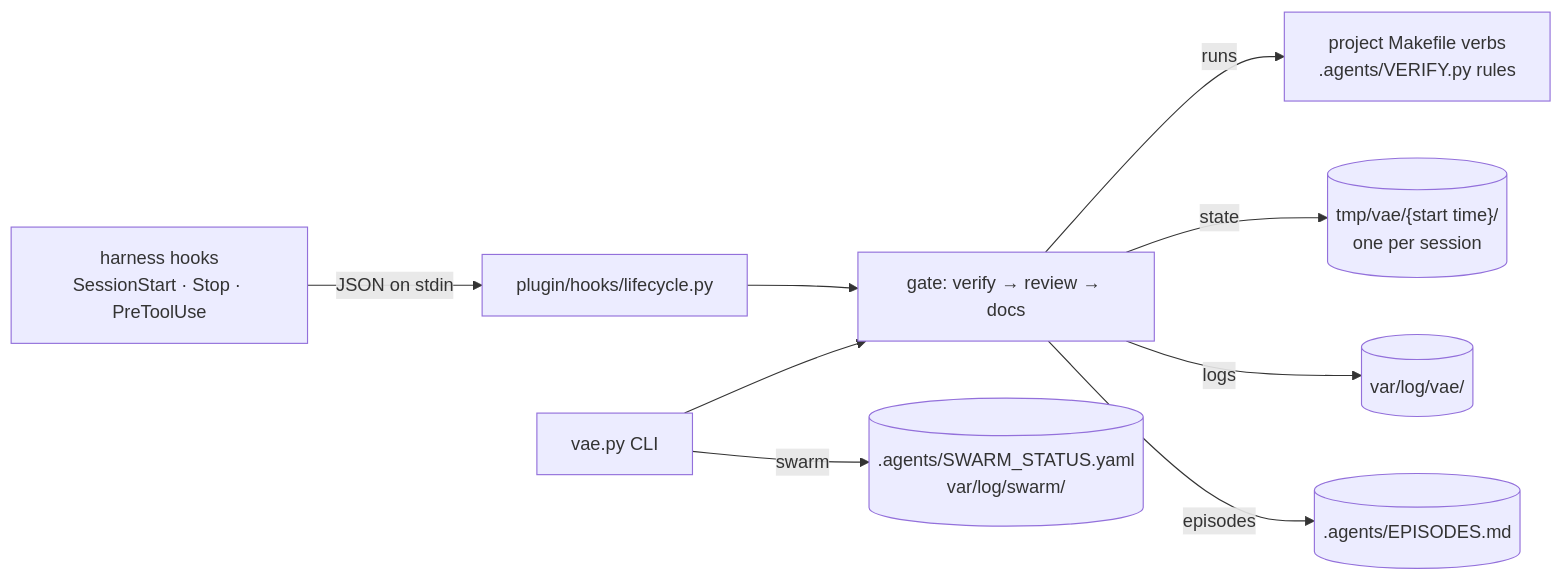
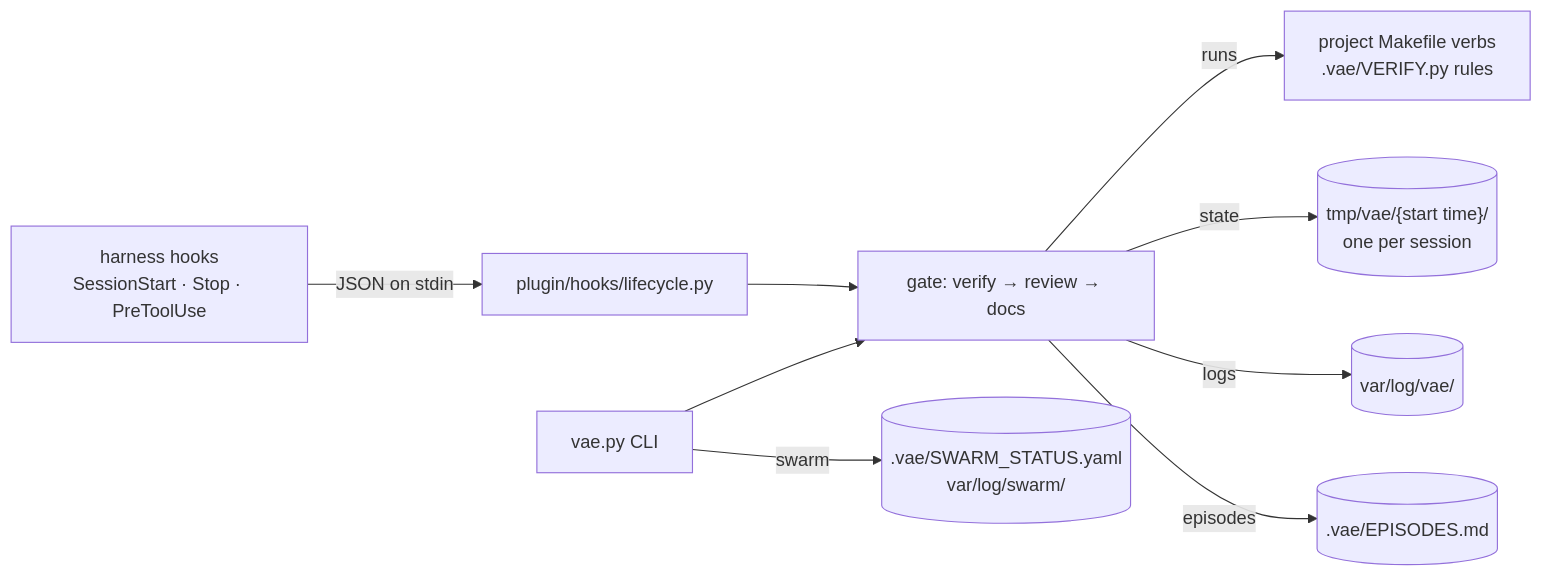
The diagram in ARCH.md (kyr0/defuss-vae), drawn with Mermaid before and after one commit. The commit also changed other lines of this file and 110 other files, not shown here.

````diff
--- a/ARCH.md
+++ b/ARCH.md
@@ -13,11 +13,11 @@
 ```mermaid
 flowchart LR
     H["harness hooks<br/>SessionStart · Stop · PreToolUse"] -->|"JSON on stdin"| L["plugin/hooks/lifecycle.py"]
     C["vae.py CLI"] --> G
     L --> G["gate: verify → review → docs"]
-    G -->|"runs"| P["project Makefile verbs<br/>.agents/VERIFY.py rules"]
+    G -->|"runs"| P["project Makefile verbs<br/>.vae/VERIFY.py rules"]
     G -->|"state"| S[("tmp/vae/{start time}/<br/>one per session")]
     G -->|"logs"| V[("var/log/vae/")]
-    G -->|"episodes"| A[(".agents/EPISODES.md")]
-    C -->|"swarm"| W[(".agents/SWARM_STATUS.yaml<br/>var/log/swarm/")]
+    G -->|"episodes"| A[(".vae/EPISODES.md")]
+    C -->|"swarm"| W[(".vae/SWARM_STATUS.yaml<br/>var/log/swarm/")]
 ```
````
